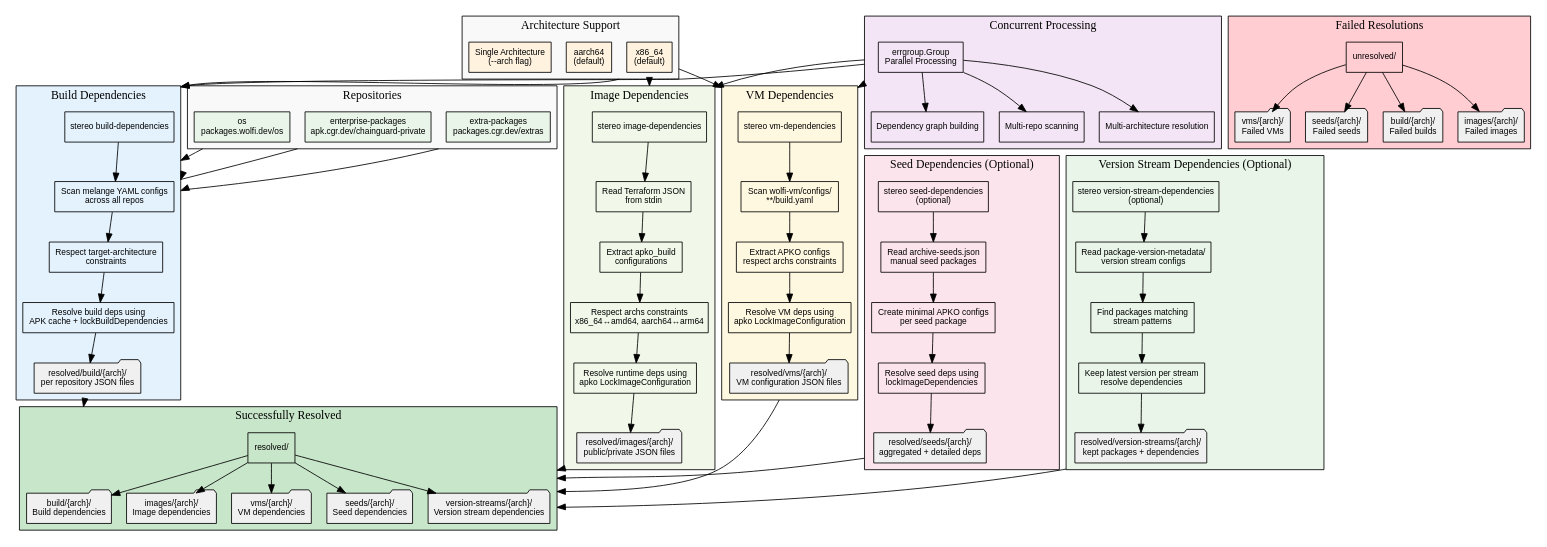
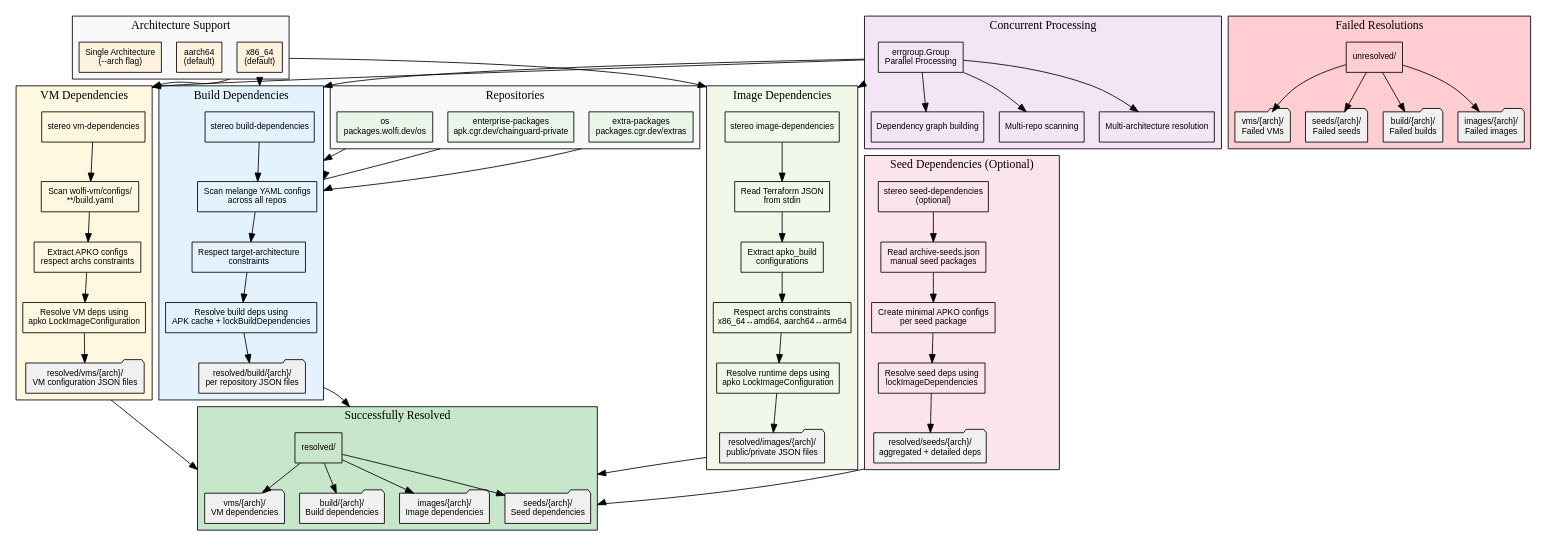
The diagram in docs/diagrams/02-dependencies-resolution.md (EyeCantCU/os), drawn with Graphviz before and after one commit. The commit also changed 5 other files, not shown here.

First line of the commit message:
dependencies-version-streams: drop

````diff
--- a/docs/diagrams/02-dependencies-resolution.md
+++ b/docs/diagrams/02-dependencies-resolution.md
@@ -90,20 +90,6 @@
         SD -> SD1 -> SD2 -> SD3 -> SD4;
     }
 
-    // Version Stream Dependencies cluster
-    subgraph cluster_version_streams {
-        label="Version Stream Dependencies (Optional)";
-        style=filled;
-        fillcolor="#e8f5e8";
-
-        VSD [label="stereo version-stream-dependencies\n(optional)", fillcolor="#e8f5e8"];
-        VSD1 [label="Read package-version-metadata/\nversion stream configs", fillcolor="#e8f5e8"];
-        VSD2 [label="Find packages matching\nstream patterns", fillcolor="#e8f5e8"];
-        VSD3 [label="Keep latest version per stream\nresolve dependencies", fillcolor="#e8f5e8"];
-        VSD4 [label="resolved/version-streams/{arch}/\nkept packages + dependencies", shape=folder, fillcolor="#f0f0f0"];
-
-        VSD -> VSD1 -> VSD2 -> VSD3 -> VSD4;
-    }
 
     // Processing cluster
     subgraph cluster_processing {
@@ -132,13 +118,11 @@
         OS2 [label="images/{arch}/\nImage dependencies", shape=folder, fillcolor="#f0f0f0"];
         OS3 [label="vms/{arch}/\nVM dependencies", shape=folder, fillcolor="#f0f0f0"];
         OS4 [label="seeds/{arch}/\nSeed dependencies", shape=folder, fillcolor="#f0f0f0"];
-        OS5 [label="version-streams/{arch}/\nVersion stream dependencies", shape=folder, fillcolor="#f0f0f0"];
 
         OS -> OS1;
         OS -> OS2;
         OS -> OS3;
         OS -> OS4;
-        OS -> OS5;
     }
 
     subgraph cluster_unresolved {
@@ -175,6 +159,5 @@
     ID5 -> OS2 [ltail=cluster_image, lhead=cluster_resolved];
     VD4 -> OS3 [ltail=cluster_vm, lhead=cluster_resolved];
     SD4 -> OS4 [ltail=cluster_seed, lhead=cluster_resolved];
-    VSD4 -> OS5 [ltail=cluster_version_streams, lhead=cluster_resolved];
 }
 ```
````
